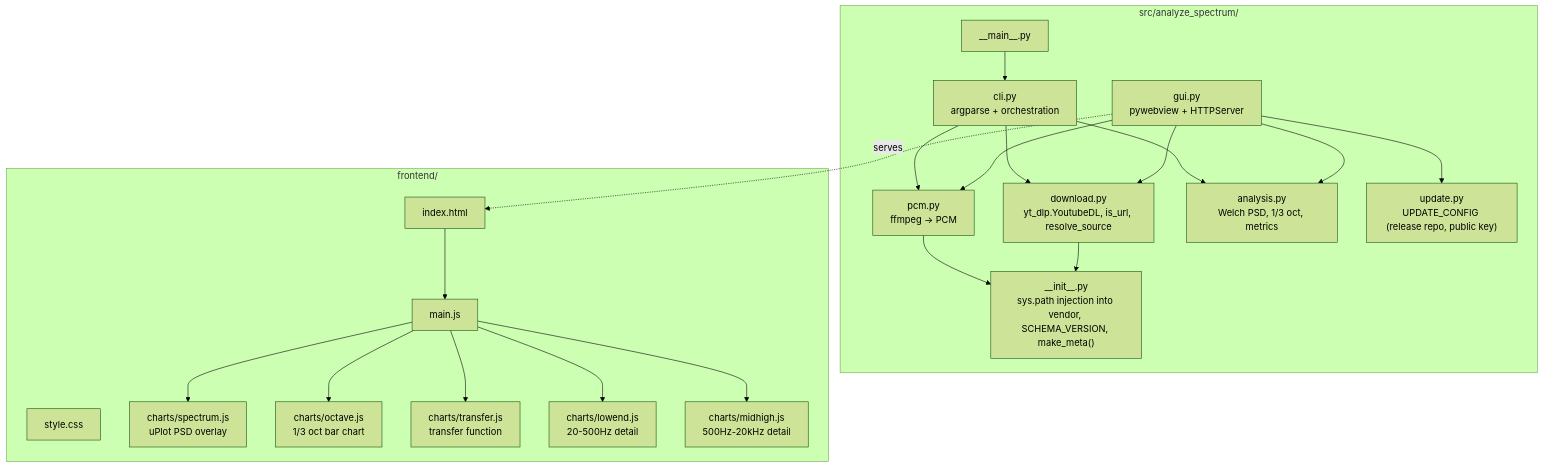
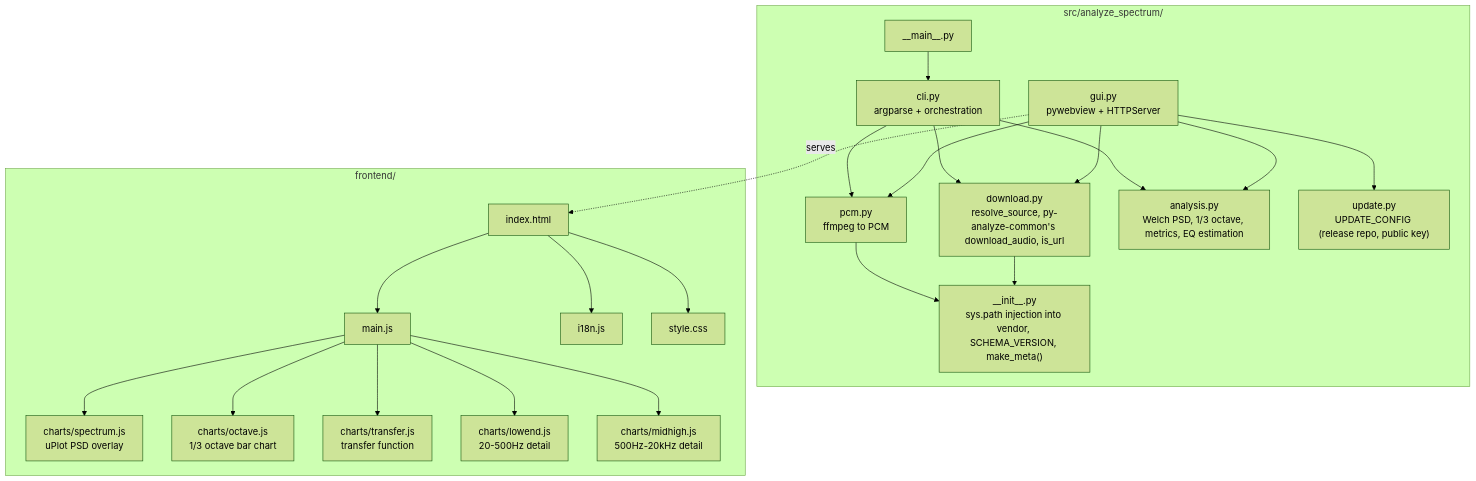
Before and after one commit to semnil/analyze-spectrum: the second of 18 diagrams in docs/architecture.md, drawn with Mermaid (forest theme). The commit also changed other lines of this file and 7 other files, not shown here.

````diff
--- a/docs/architecture.md
+++ b/docs/architecture.md
@@ -36,42 +40,45 @@
 ```mermaid
 graph TD
     subgraph "src/analyze_spectrum/"
         INIT["__init__.py<br>sys.path injection into vendor, SCHEMA_VERSION, make_meta()"]
         MAIN["__main__.py"]
         CLI["cli.py<br>argparse + orchestration"]
         GUI["gui.py<br>pywebview + HTTPServer"]
-        DL["download.py<br>yt_dlp.YoutubeDL, is_url, resolve_source"]
-        PCM["pcm.py<br>ffmpeg → PCM"]
-        ANA["analysis.py<br>Welch PSD, 1/3 oct, metrics"]
+        DL["download.py<br>resolve_source, py-analyze-common's download_audio, is_url"]
+        PCM["pcm.py<br>ffmpeg to PCM"]
+        ANA["analysis.py<br>Welch PSD, 1/3 octave, metrics, EQ estimation"]
         UPD["update.py<br>UPDATE_CONFIG (release repo, public key)"]
     end
 
     subgraph "frontend/"
         HTML["index.html"]
         JS["main.js"]
+        I18N["i18n.js"]
         CSS["style.css"]
         SP["charts/spectrum.js<br>uPlot PSD overlay"]
-        OC["charts/octave.js<br>1/3 oct bar chart"]
+        OC["charts/octave.js<br>1/3 octave bar chart"]
         TF["charts/transfer.js<br>transfer function"]
         LE["charts/lowend.js<br>20-500Hz detail"]
         MH["charts/midhigh.js<br>500Hz-20kHz detail"]
     end
 
     MAIN --> CLI
     CLI --> DL
     CLI --> PCM
     CLI --> ANA
     GUI --> DL
     GUI --> PCM
     GUI --> ANA
     GUI --> UPD
     GUI -.->|"serves"| HTML
     HTML --> JS
+    HTML --> I18N
+    HTML --> CSS
     JS --> SP
     JS --> OC
     JS --> TF
     JS --> LE
     JS --> MH
     PCM --> INIT
     DL --> INIT
 ```
````
